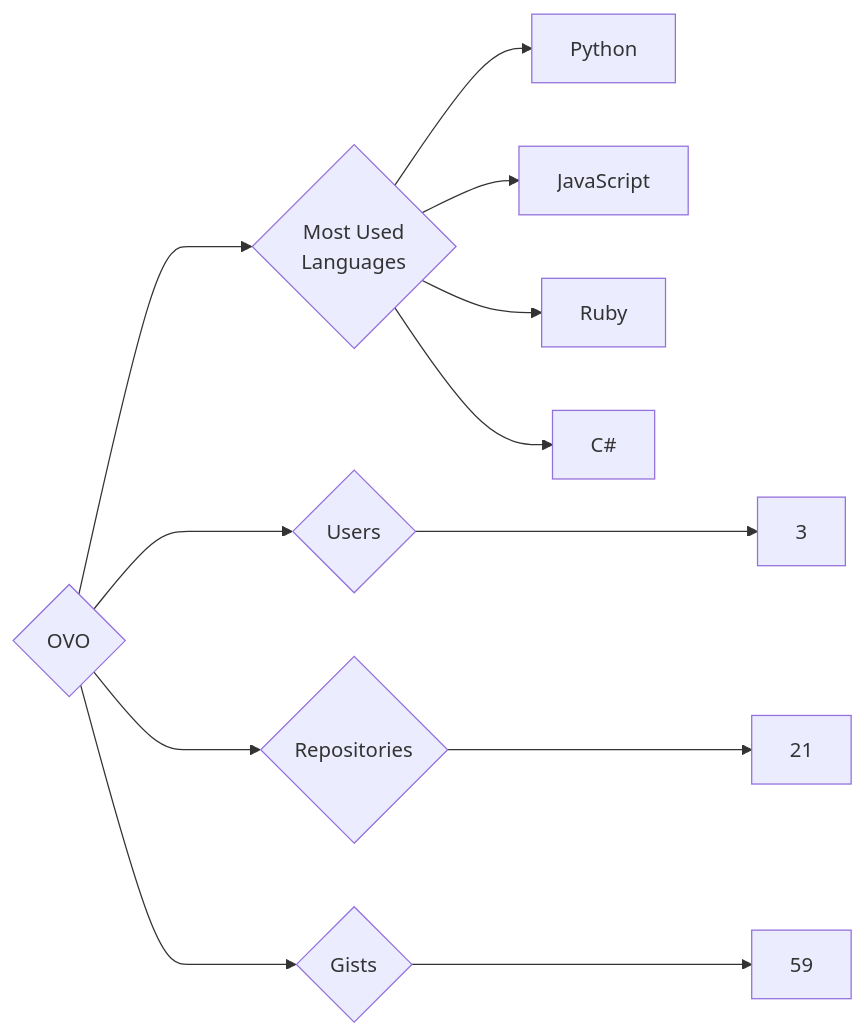
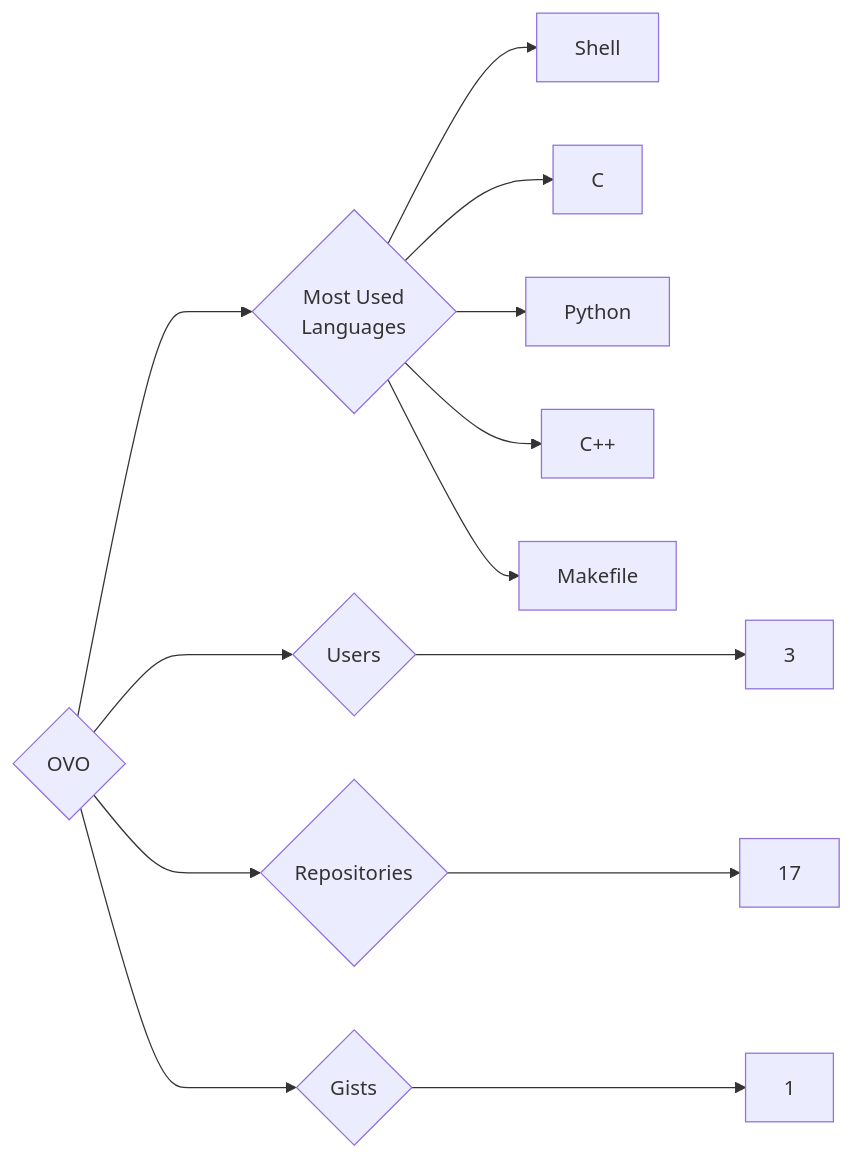
One commit to trickest/insiders changed the diagram in targets/OVO/README.md. Above: the diagram before and after it, drawn with Mermaid. The commit also changed 1212 other files, not shown here.

````diff
--- a/targets/OVO/README.md
+++ b/targets/OVO/README.md
@@ -3,12 +3,13 @@
 ```mermaid
 graph LR
 COMPANY_NAME{OVO}
 COMPANY_NAME ---> U{Users} ---> UN[3]
-COMPANY_NAME ---> R{Repositories} ---> RN[21]
-COMPANY_NAME ---> G{Gists} ---> GN[59]
+COMPANY_NAME ---> R{Repositories} ---> RN[17]
+COMPANY_NAME ---> G{Gists} ---> GN[1]
 COMPANY_NAME ---> ML{Most Used<br>Languages}
+ML --> Shell[Shell]
+ML --> C[C]
 ML --> Python[Python]
-ML --> JavaScript[JavaScript]
-ML --> Ruby[Ruby]
-ML --> C#[C#]
+ML --> C++[C++]
+ML --> Makefile[Makefile]
 ```
````
